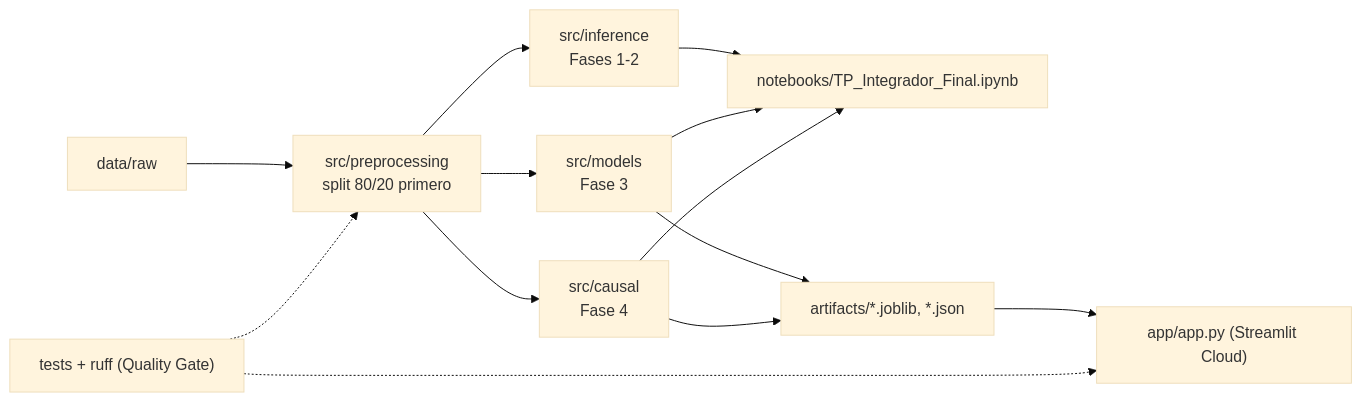
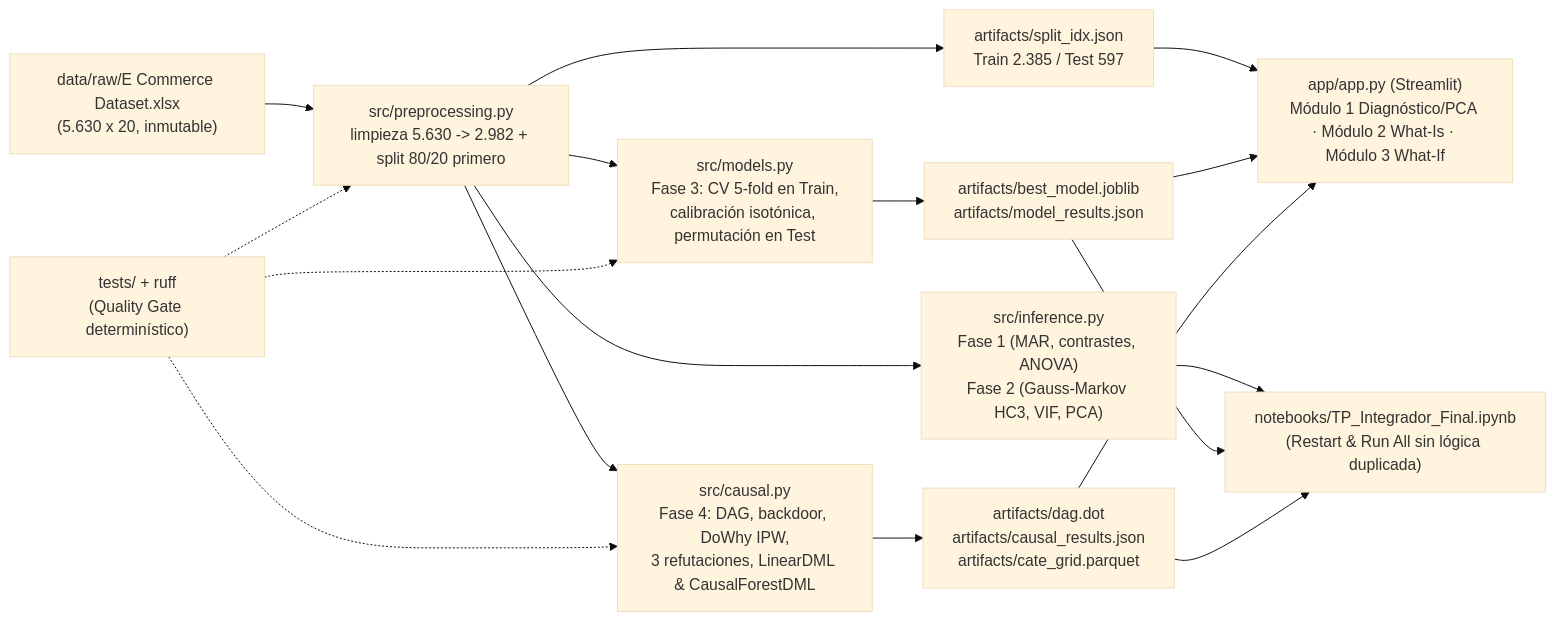
One commit to CarolaNasif/TPI_Decision_Intelligence_EAyMR changed the diagram in README.md. Above: the diagram before and after it, drawn with Mermaid (base theme). The commit also changed other lines of this file and 2 other files, not shown here.

````diff
--- a/README.md
+++ b/README.md
@@ -44,15 +74,19 @@
 ```mermaid
 flowchart LR
-    RAW["data/raw"] --> PRE["src/preprocessing<br/>split 80/20 primero"]
-    PRE --> INF["src/inference<br/>Fases 1-2"]
-    PRE --> MOD["src/models<br/>Fase 3"]
-    PRE --> CAU["src/causal<br/>Fase 4"]
-    INF --> NB["notebooks/TP_Integrador_Final.ipynb"]
-    MOD --> NB
-    CAU --> NB
-    MOD --> ART["artifacts/*.joblib, *.json"]
-    CAU --> ART
-    ART --> APP["app/app.py (Streamlit Cloud)"]
-    QA["tests + ruff (Quality Gate)"] -.-> PRE
-    QA -.-> APP
+    RAW["data/raw/E Commerce Dataset.xlsx<br/>(5.630 x 20, inmutable)"] --> PRE["src/preprocessing.py<br/>limpieza 5.630 -> 2.982 + split 80/20 primero"]
+    PRE --> SPLIT["artifacts/split_idx.json<br/>Train 2.385 / Test 597"]
+    PRE --> INF["src/inference.py<br/>Fase 1 (MAR, contrastes, ANOVA)<br/>Fase 2 (Gauss-Markov HC3, VIF, PCA)"]
+    PRE --> MOD["src/models.py<br/>Fase 3: CV 5-fold en Train,<br/>calibración isotónica, permutación en Test"]
+    PRE --> CAU["src/causal.py<br/>Fase 4: DAG, backdoor, DoWhy IPW,<br/>3 refutaciones, LinearDML & CausalForestDML"]
+    MOD --> ARTM["artifacts/best_model.joblib<br/>artifacts/model_results.json"]
+    CAU --> ARTC["artifacts/dag.dot<br/>artifacts/causal_results.json<br/>artifacts/cate_grid.parquet"]
+    INF --> NB["notebooks/TP_Integrador_Final.ipynb<br/>(Restart & Run All sin lógica duplicada)"]
+    ARTM --> NB
+    ARTC --> NB
+    SPLIT --> APP["app/app.py (Streamlit)<br/>Módulo 1 Diagnóstico/PCA · Módulo 2 What-Is · Módulo 3 What-If"]
+    ARTM --> APP
+    ARTC --> APP
+    QA["tests/ + ruff<br/>(Quality Gate determinístico)"] -.-> PRE
+    QA -.-> MOD
+    QA -.-> CAU
 ```
````
